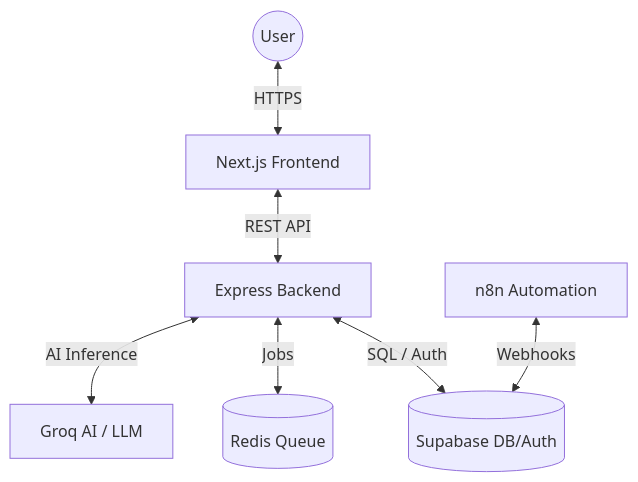
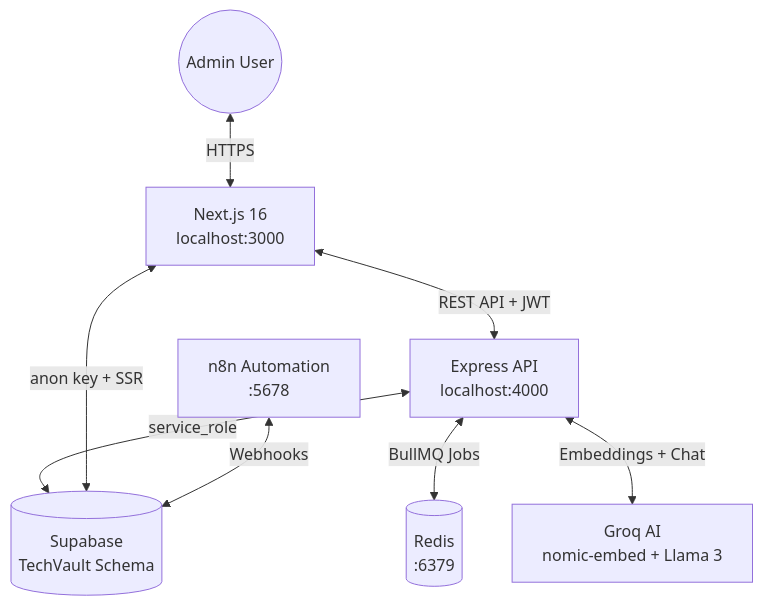
Before and after one commit to Y4NG-Y4NG-236193/TechVault: the diagram in techvault-admin/frontend/src/AppDocs.md, drawn with Mermaid. The commit also changed other lines of this file and 6 other files, not shown here.

````diff
--- a/techvault-admin/frontend/src/AppDocs.md
+++ b/techvault-admin/frontend/src/AppDocs.md
@@ -12,17 +38,18 @@
 ```mermaid
 graph TD
-    User((User))
-    Frontend[Next.js Frontend]
-    Backend[Express Backend]
-    Supabase[(Supabase DB/Auth)]
-    Redis[(Redis Queue)]
-    Groq[Groq AI / LLM]
-    n8n[n8n Automation]
+    Admin((Admin User))
+    Frontend["Next.js 16<br/>localhost:3000"]
+    Backend["Express API<br/>localhost:4000"]
+    Supabase[("Supabase<br/>TechVault Schema")]
+    Redis[("Redis<br/>:6379")]
+    Groq["Groq AI<br/>nomic-embed + Llama 3"]
+    n8n["n8n Automation<br/>:5678"]
 
-    User <-->|HTTPS| Frontend
-    Frontend <-->|REST API| Backend
-    Backend <-->|SQL / Auth| Supabase
-    Backend <-->|Jobs| Redis
-    Backend <-->|AI Inference| Groq
+    Admin <-->|HTTPS| Frontend
+    Frontend <-->|REST API + JWT| Backend
+    Backend <-->|service_role| Supabase
+    Frontend <-->|anon key + SSR| Supabase
+    Backend <-->|BullMQ Jobs| Redis
+    Backend <-->|Embeddings + Chat| Groq
     n8n <-->|Webhooks| Supabase
 ```
````
